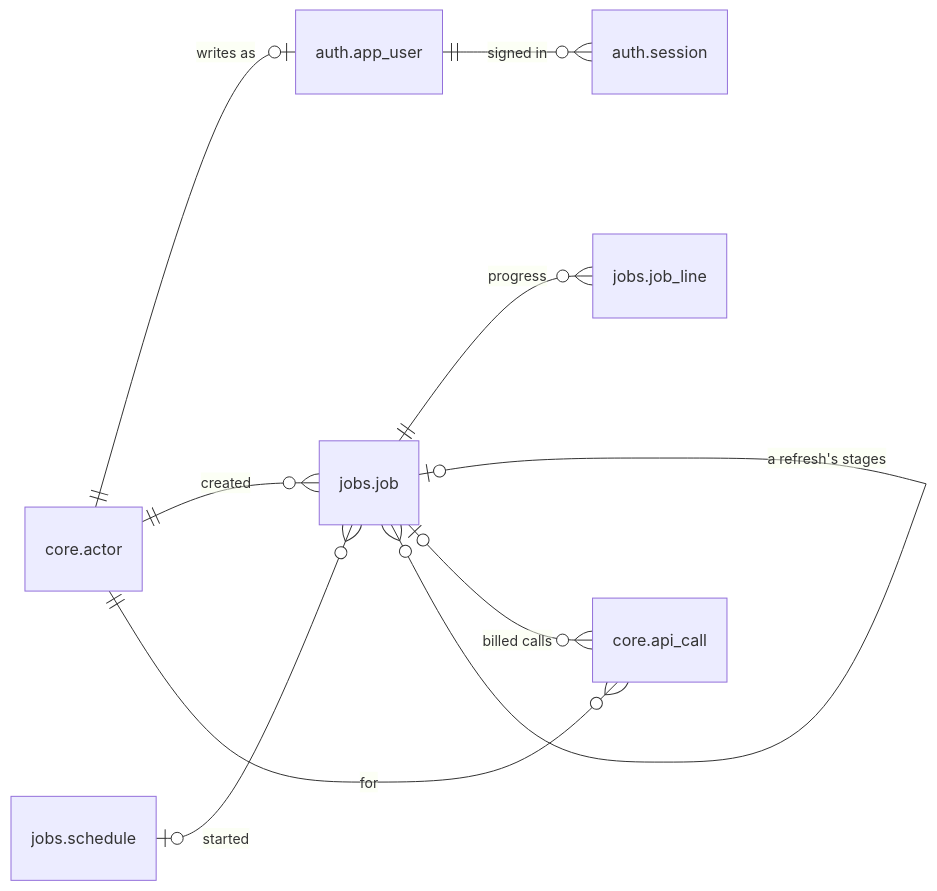
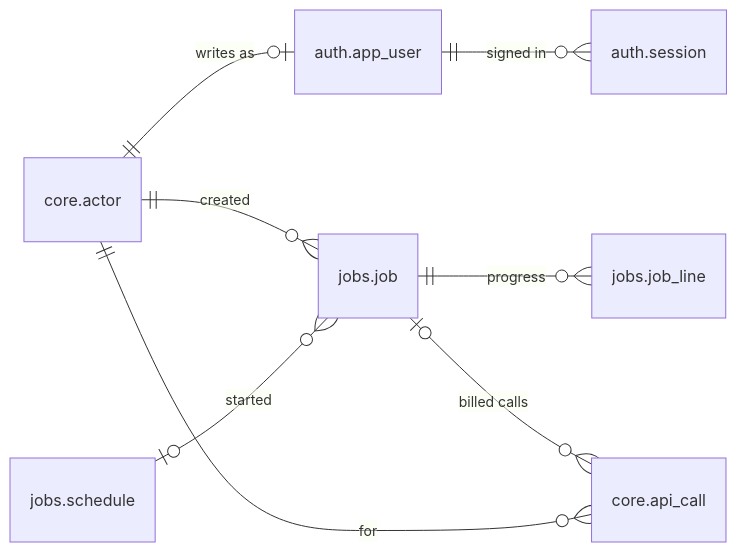
The second of 2 diagrams in docs/operations.md (shmarlya/trialwatch), drawn with Mermaid before and after one commit. The commit also changed other lines of this file and 19 other files, not shown here.

First line of the commit message:
refactor: phase 6, one job registry and a single refresh

````diff
--- a/docs/operations.md
+++ b/docs/operations.md
@@ -179,19 +183,18 @@
 ```mermaid
 erDiagram
     direction LR
     actor["core.actor"]
     app_user["auth.app_user"]
     session["auth.session"]
     job["jobs.job"]
     job_line["jobs.job_line"]
     schedule["jobs.schedule"]
     api_call["core.api_call"]
     actor ||--o| app_user : "writes as"
     app_user ||--o{ session : "signed in"
     actor ||--o{ job : "created"
     job ||--o{ job_line : "progress"
-    job |o--o{ job : "a refresh's stages"
     schedule |o--o{ job : "started"
     job |o--o{ api_call : "billed calls"
     actor ||--o{ api_call : "for"
 ```
````
